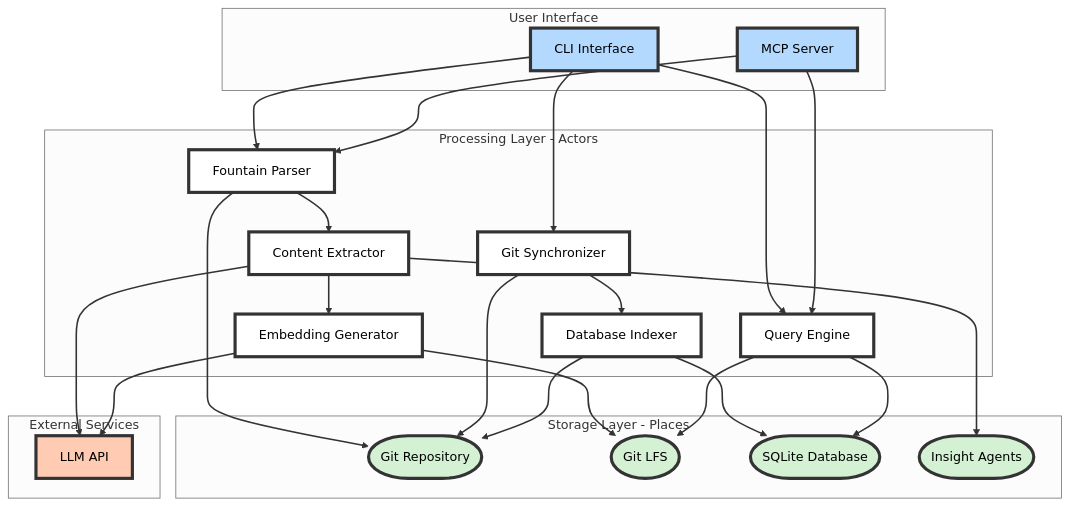
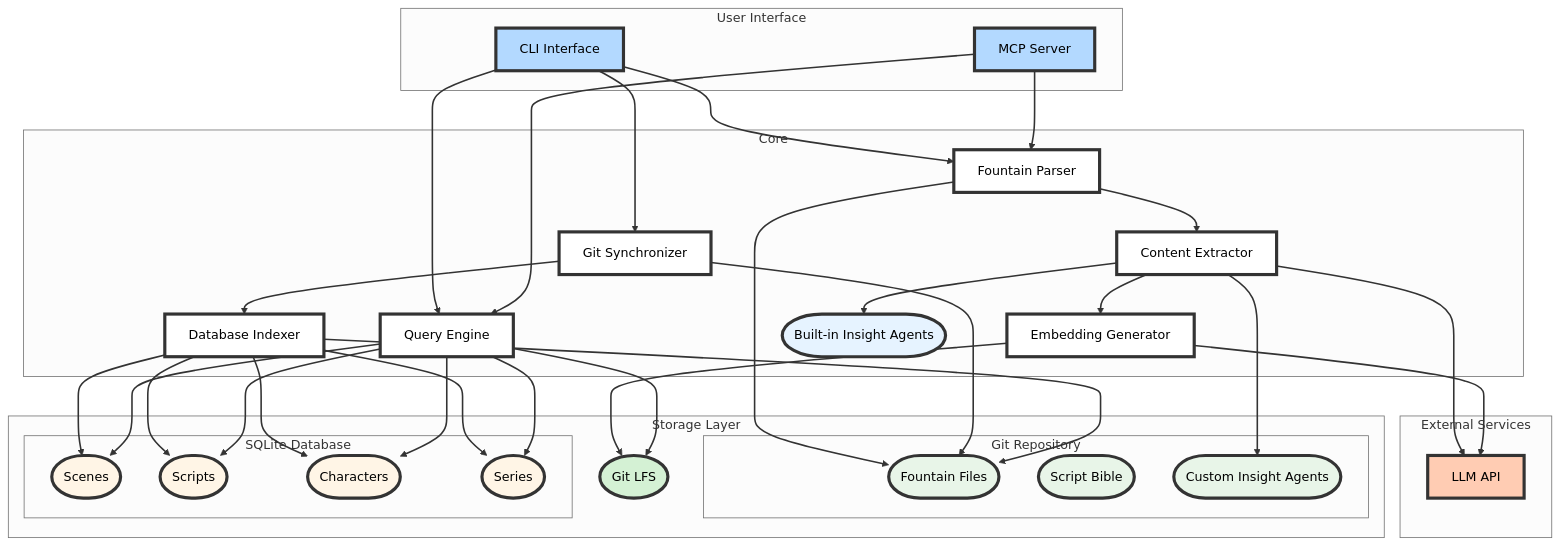
One commit to trieloff/scriptrag changed the first of 4 diagrams in ARCHITECTURE.md. Above: the diagram before and after it, drawn with Mermaid (neutral theme).

Commit message:
style(architecture): increase border radius for pill-shaped styles
- Increase border radius from 20 to 50 pixels for places
- Rename Processing Layer to Core layer
- Add Built-in Insight Agents to Core layer
- Add nested places within Git Repository and SQLite Database
- Update connections to reflect new nested structure

🤖 Generated with [Claude Code](https://claude.ai/code)

```diff
--- a/ARCHITECTURE.md
+++ b/ARCHITECTURE.md
@@ -15,20 +15,31 @@
         MCP[MCP Server]
     end
 
-    subgraph "Processing Layer - Actors"
+    subgraph "Core"
         FP[Fountain Parser]
         CE[Content Extractor]
         EG[Embedding Generator]
         GS[Git Synchronizer]
         DI[Database Indexer]
         QE[Query Engine]
+        BIA(Built-in Insight Agents)
     end
 
-    subgraph "Storage Layer - Places"
-        GR(Git Repository)
+    subgraph "Storage Layer"
+        subgraph "Git Repository"
+            FF(Fountain Files)
+            SB(Script Bible)
+            CIA(Custom Insight Agents)
+        end
+
         LFS(Git LFS)
-        DB(SQLite Database)
-        IA(Insight Agents)
+
+        subgraph "SQLite Database"
+            Scenes(Scenes)
+            Scripts(Scripts)
+            Characters(Characters)
+            Series(Series)
+        end
     end
 
     subgraph "External Services"
@@ -41,20 +52,27 @@
     MCP --> FP
     MCP --> QE
 
-    FP --> GR
+    FP --> FF
     FP --> CE
     CE --> LLM
-    CE --> IA
+    CE --> BIA
+    CE --> CIA
     CE --> EG
     EG --> LLM
     EG --> LFS
 
-    GS --> GR
+    GS --> FF
     GS --> DI
-    DI --> DB
-    DI --> GR
+    DI --> Scenes
+    DI --> Scripts
+    DI --> Characters
+    DI --> Series
+    DI --> FF
 
-    QE --> DB
+    QE --> Scenes
+    QE --> Scripts
+    QE --> Characters
+    QE --> Series
     QE --> LFS
 
     %% Actor styling (rectangular boxes)
@@ -69,10 +87,15 @@
     style LLM fill:#ffccb3,stroke:#333,stroke-width:4px
 
     %% Place styling (pill-shaped with rounded corners)
-    style GR fill:#d4f1d4,stroke:#333,stroke-width:4px,rx:50,ry:50
+    style BIA fill:#e6f3ff,stroke:#333,stroke-width:4px,rx:50,ry:50
     style LFS fill:#d4f1d4,stroke:#333,stroke-width:4px,rx:50,ry:50
-    style DB fill:#d4f1d4,stroke:#333,stroke-width:4px,rx:50,ry:50
-    style IA fill:#d4f1d4,stroke:#333,stroke-width:4px,rx:50,ry:50
+    style FF fill:#e8f5e8,stroke:#333,stroke-width:4px,rx:40,ry:40
+    style SB fill:#e8f5e8,stroke:#333,stroke-width:4px,rx:40,ry:40
+    style CIA fill:#e8f5e8,stroke:#333,stroke-width:4px,rx:40,ry:40
+    style Scenes fill:#fff5e6,stroke:#333,stroke-width:4px,rx:40,ry:40
+    style Scripts fill:#fff5e6,stroke:#333,stroke-width:4px,rx:40,ry:40
+    style Characters fill:#fff5e6,stroke:#333,stroke-width:4px,rx:40,ry:40
+    style Series fill:#fff5e6,stroke:#333,stroke-width:4px,rx:40,ry:40
 
     %% Edge styling
     linkStyle default stroke:#333,stroke-width:2px
```
